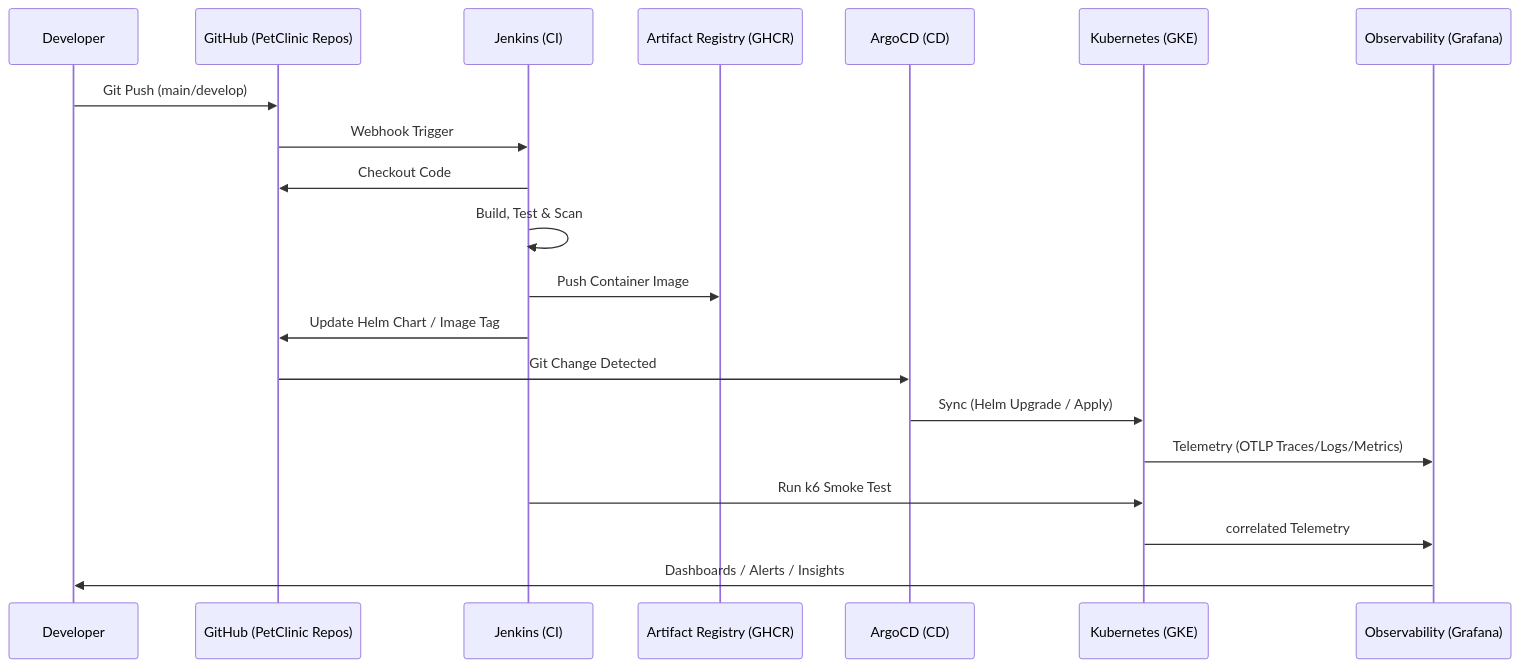
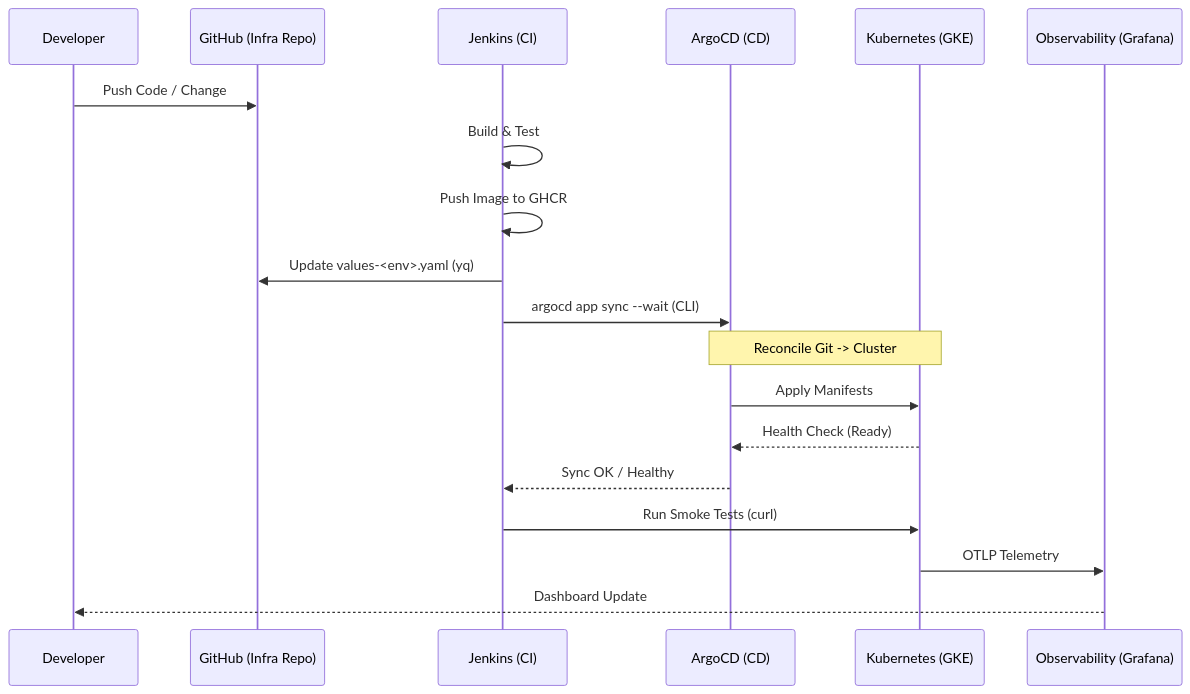
Before and after one commit to nubenetes/jenkins-2026: the second of 4 diagrams in README.md, drawn with Mermaid. The commit also changed other lines of this file, not shown here.

Commit message:
docs: update README with detailed GitOps flow and ArgoCD inventory

````diff
--- a/README.md
+++ b/README.md
@@ -153,23 +153,22 @@
 ```mermaid
 sequenceDiagram
     participant Dev as Developer
-    participant GH as GitHub (PetClinic Repos)
+    participant GH as GitHub (Infra Repo)
     participant J as Jenkins (CI)
-    participant AR as Artifact Registry (GHCR)
     participant ACD as ArgoCD (CD)
     participant K8s as Kubernetes (GKE)
     participant Obs as Observability (Grafana)
 
-    Dev->>GH: Git Push (main/develop)
-    GH->>J: Webhook Trigger
-    J->>GH: Checkout Code
-    J->>J: Build, Test & Scan
-    J->>AR: Push Container Image
-    J->>GH: Update Helm Chart / Image Tag
-    GH->>ACD: Git Change Detected
-    ACD->>K8s: Sync (Helm Upgrade / Apply)
-    K8s->>Obs: Telemetry (OTLP Traces/Logs/Metrics)
-    J->>K8s: Run k6 Smoke Test
-    K8s->>Obs: correlated Telemetry
-    Obs->>Dev: Dashboards / Alerts / Insights
+    Dev->>GH: Push Code / Change
+    J->>J: Build & Test
+    J->>J: Push Image to GHCR
+    J->>GH: Update values-<env>.yaml (yq)
+    J->>ACD: argocd app sync --wait (CLI)
+    Note over ACD,K8s: Reconcile Git -> Cluster
+    ACD->>K8s: Apply Manifests
+    K8s-->>ACD: Health Check (Ready)
+    ACD-->>J: Sync OK / Healthy
+    J->>K8s: Run Smoke Tests (curl)
+    K8s->>Obs: OTLP Telemetry
+    Obs-->>Dev: Dashboard Update
 ```
````
